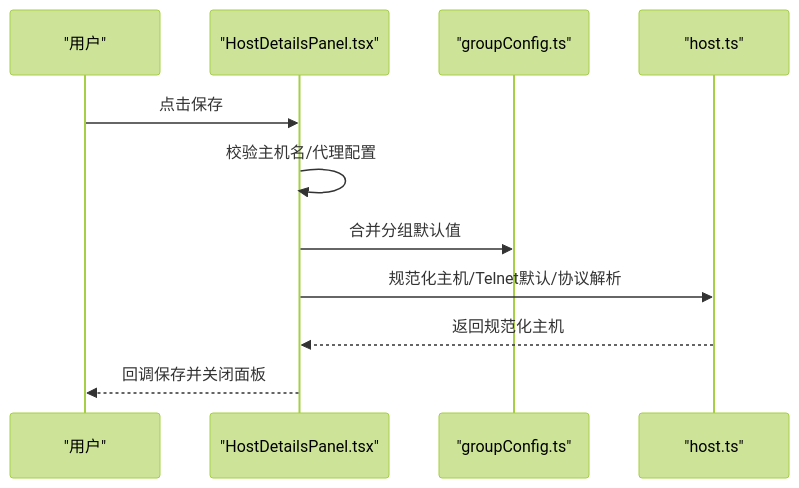
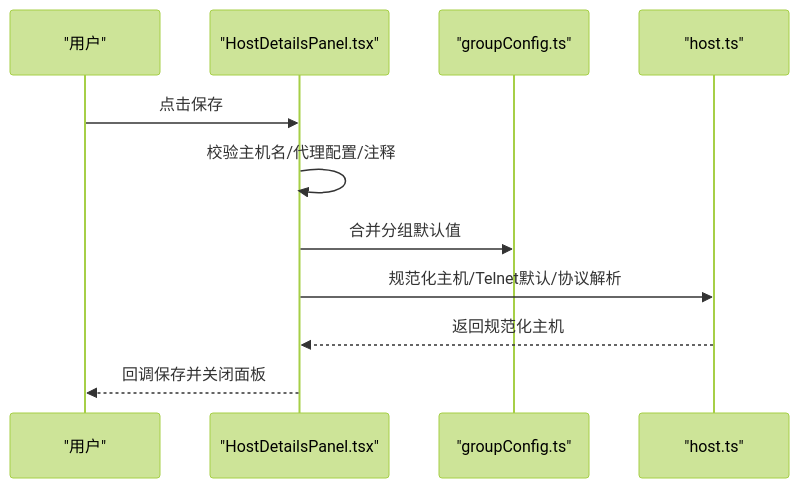
One commit to szeiyou/Netcatty changed the fifth of 13 diagrams in .qoder/repowiki/zh/content/用户指南/SSH客户端管理/主机管理.md. Above: the diagram before and after it, drawn with Mermaid (forest theme). The commit also changed other lines of this file and 6 other files, not shown here.

````diff
--- a/.qoder/repowiki/zh/content/用户指南/SSH客户端管理/主机管理.md
+++ b/.qoder/repowiki/zh/content/用户指南/SSH客户端管理/主机管理.md
@@ -208,13 +240,13 @@
 ```mermaid
 sequenceDiagram
 participant U as "用户"
 participant P as "HostDetailsPanel.tsx"
 participant CFG as "groupConfig.ts"
 participant H as "host.ts"
 U->>P : 点击保存
-P->>P : 校验主机名/代理配置
+P->>P : 校验主机名/代理配置/注释
 P->>CFG : 合并分组默认值
 P->>H : 规范化主机/Telnet默认/协议解析
 H-->>P : 返回规范化主机
 P-->>U : 回调保存并关闭面板
 ```
````
